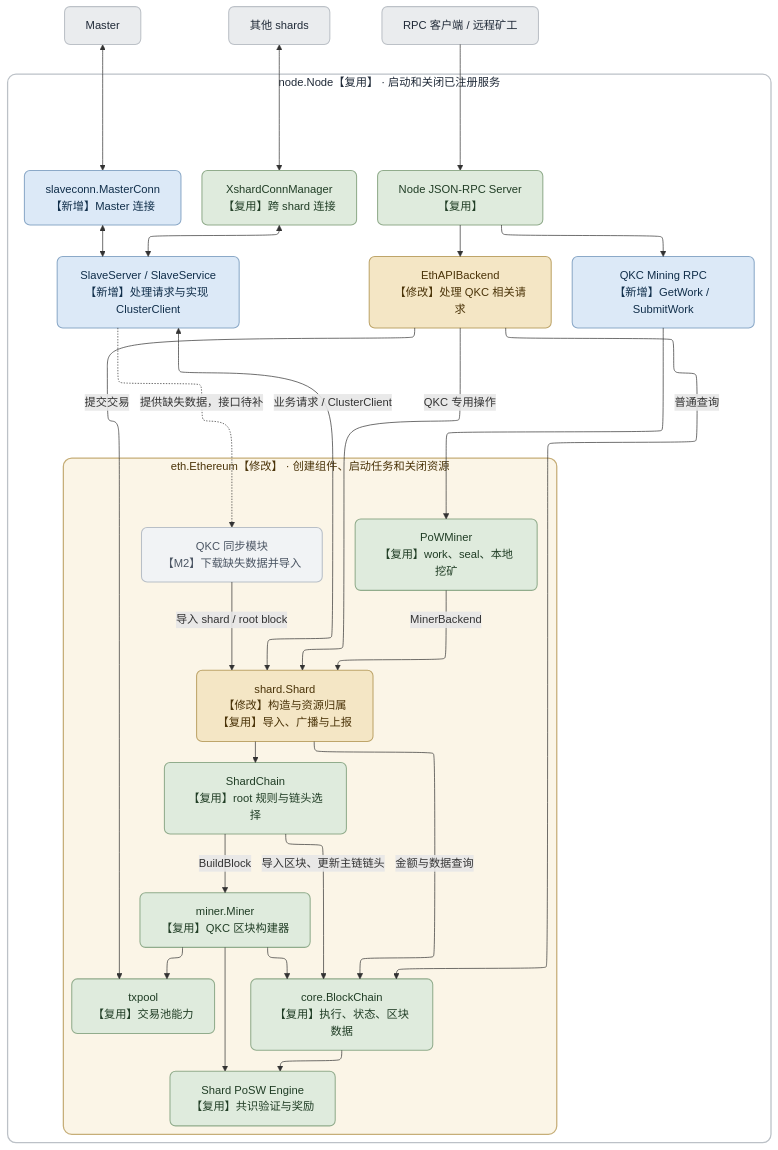
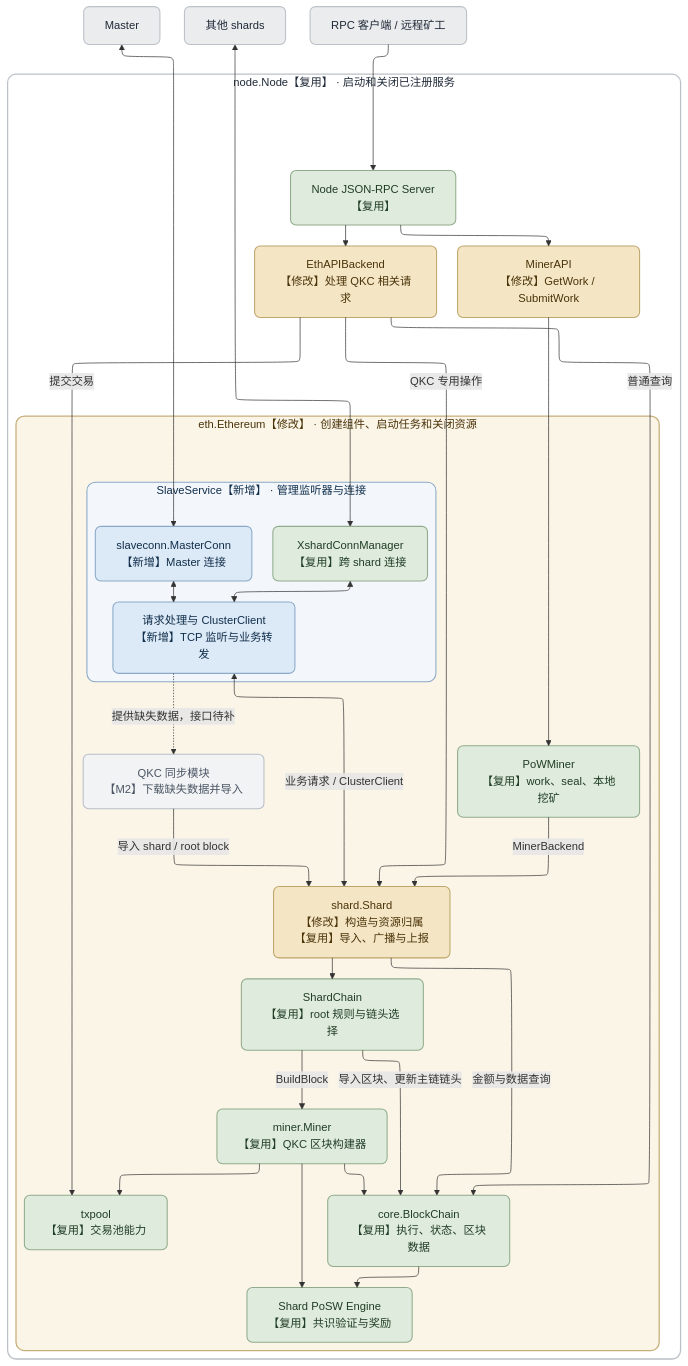
Before and after one commit to QuarkChain/modernized-qkc: the first of 6 diagrams in docs/shard-ethereum-integration-design.md, drawn with Mermaid. The commit also changed other lines of this file and 6 other files, not shown here.

````diff
--- a/docs/shard-ethereum-integration-design.md
+++ b/docs/shard-ethereum-integration-design.md
@@ -23,75 +26,78 @@
 ```mermaid
 ---
 config:
   layout: elk
 ---
 flowchart TB
-    %% SVG footer: append these three lines below node.Node after Mermaid export, at 14px.
+    %% The saved SVG uses fixed positions and orthogonal routes from the reviewed reference image.
+    %% This Mermaid source records the same modules and relationships; preserve the SVG layout when editing.
+    %% SVG footer: these three lines appear below node.Node at 14px.
     %% caption: 外框：管理范围；如 node.Node 管理已注册服务；Ethereum 内部以最近一层容器表示创建和管理归属。
     %% caption: 实线：调用关系；虚线：同步数据来源，请求由同步模块发起。
     %% caption: “复用”：沿用已有实现；“新增”：需要新实现的模块或接口；“修改”：调整现有实现。
     Master["Master"]:::external
     Other["其他 shards"]:::external
     Client["RPC 客户端 / 远程矿工"]:::external
 
     subgraph NODE["node.Node【复用】 · 启动和关闭已注册服务"]
         direction LR
-        %% Layout-only group; the services remain registered directly with node.Node.
+        %% Layout-only group for the existing JSON-RPC server and its handlers.
         subgraph ENTRY[" "]
             direction LR
-            MC["slaveconn.MasterConn<br/>【新增】Master 连接"]:::create
-            XC["XshardConnManager<br/>【复用】跨 shard 连接"]:::reuse
             RPC["Node JSON-RPC Server<br/>【复用】"]:::reuse
             API["EthAPIBackend<br/>【修改】处理 QKC 相关请求"]:::modify
-            MiningAPI["QKC Mining RPC<br/>【新增】GetWork / SubmitWork"]:::create
-            Service["SlaveServer / SlaveService<br/>【新增】处理请求与实现 ClusterClient"]:::create
+            MiningAPI["MinerAPI<br/>【修改】GetWork / SubmitWork"]:::modify
         end
 
         subgraph ETH["eth.Ethereum【修改】 · 创建组件、启动任务和关闭资源"]
             direction TB
+            subgraph SLAVE["SlaveService【新增】 · 管理监听器与连接"]
+                MC["slaveconn.MasterConn<br/>【新增】Master 连接"]:::create
+                XC["XshardConnManager<br/>【复用】跨 shard 连接"]:::reuse
+                Service["请求处理与 ClusterClient<br/>【新增】TCP 监听与业务转发"]:::create
+            end
             S["shard.Shard<br/>【修改】构造与资源归属<br/>【复用】导入、广播与上报"]:::modify
             SC["ShardChain<br/>【复用】root 规则与链头选择"]:::reuse
             BC["core.BlockChain<br/>【复用】执行、状态、区块数据"]:::reuse
             Engine["Shard PoSW Engine<br/>【复用】共识验证与奖励"]:::reuse
             Pool["txpool<br/>【复用】交易池能力"]:::reuse
             Builder["miner.Miner<br/>【复用】QKC 区块构建器"]:::reuse
             Mining["PoWMiner<br/>【复用】work、seal、本地挖矿"]:::reuse
             Sync["QKC 同步模块<br/>【M2】下载缺失数据并导入"]:::deferred
         end
     end
 
     Client --> RPC
     RPC --> API
     RPC --> MiningAPI
-    %% Invisible edge keeps the service beside the RPC handlers; it is not a call.
-    RPC ~~~ Service
     API -->|普通查询| BC
     API -->|提交交易| Pool
     API -->|QKC 专用操作| S
     MiningAPI --> Mining
     Mining -->|MinerBackend| S
     Master <--> MC
     Other <--> XC
     MC <--> Service
     XC <--> Service
     Service <-->|业务请求 / ClusterClient| S
     Sync -->|导入 shard / root block| S
     Service -.->|提供缺失数据，接口待补| Sync
     S --> SC
     S -->|金额与数据查询| BC
     SC -->|导入区块、更新主链链头| BC
     SC -->|BuildBlock| Builder
     Builder --> Pool
     Builder --> BC
     Builder --> Engine
     BC --> Engine
 
     classDef create fill:#DCE9F7,color:#102E4A,stroke:#8BA9C8,stroke-width:1.5px,rx:8px,ry:8px;
     classDef modify fill:#F4E6C5,color:#4A3308,stroke:#BEA56A,stroke-width:1.5px,rx:8px,ry:8px;
     classDef reuse fill:#DFEBDD,color:#203D25,stroke:#91AC8C,stroke-width:1.5px,rx:8px,ry:8px;
     classDef external fill:#EAECEE,color:#1F2937,stroke:#BCC1C7,stroke-width:1.5px,rx:8px,ry:8px;
     classDef deferred fill:#F1F3F5,color:#4B5563,stroke:#B8BFC7,stroke-width:1.5px,rx:8px,ry:8px;
     style NODE fill:#FFFFFF,color:#1F2937,stroke:#BCC1C7,stroke-width:1.8px,rx:12px,ry:12px
     style ENTRY fill:transparent,stroke:none
     style ETH fill:#FBF5E7,color:#4A3308,stroke:#C6AE78,stroke-width:1.8px,rx:12px,ry:12px
+    style SLAVE fill:#F3F7FC,color:#102E4A,stroke:#8BA9C8,stroke-width:1.5px,rx:12px,ry:12px
 ```
````
